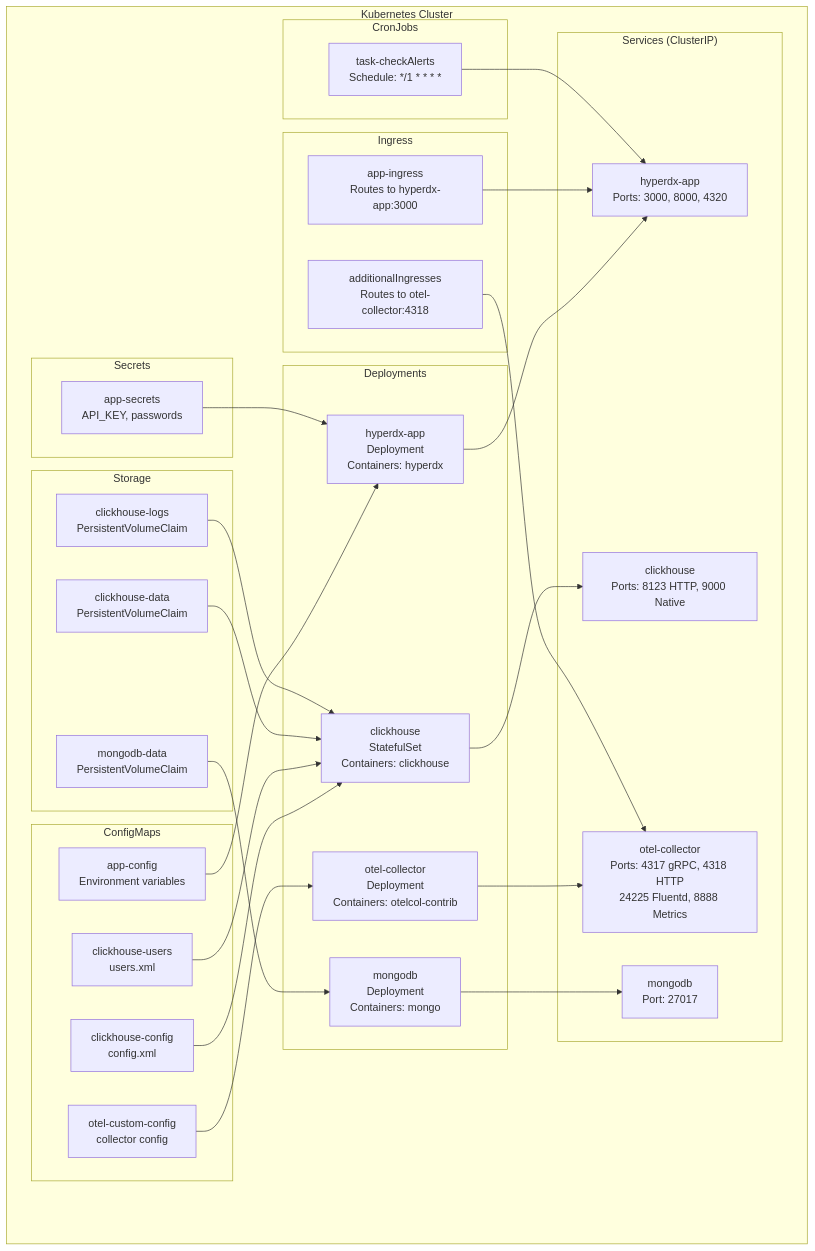
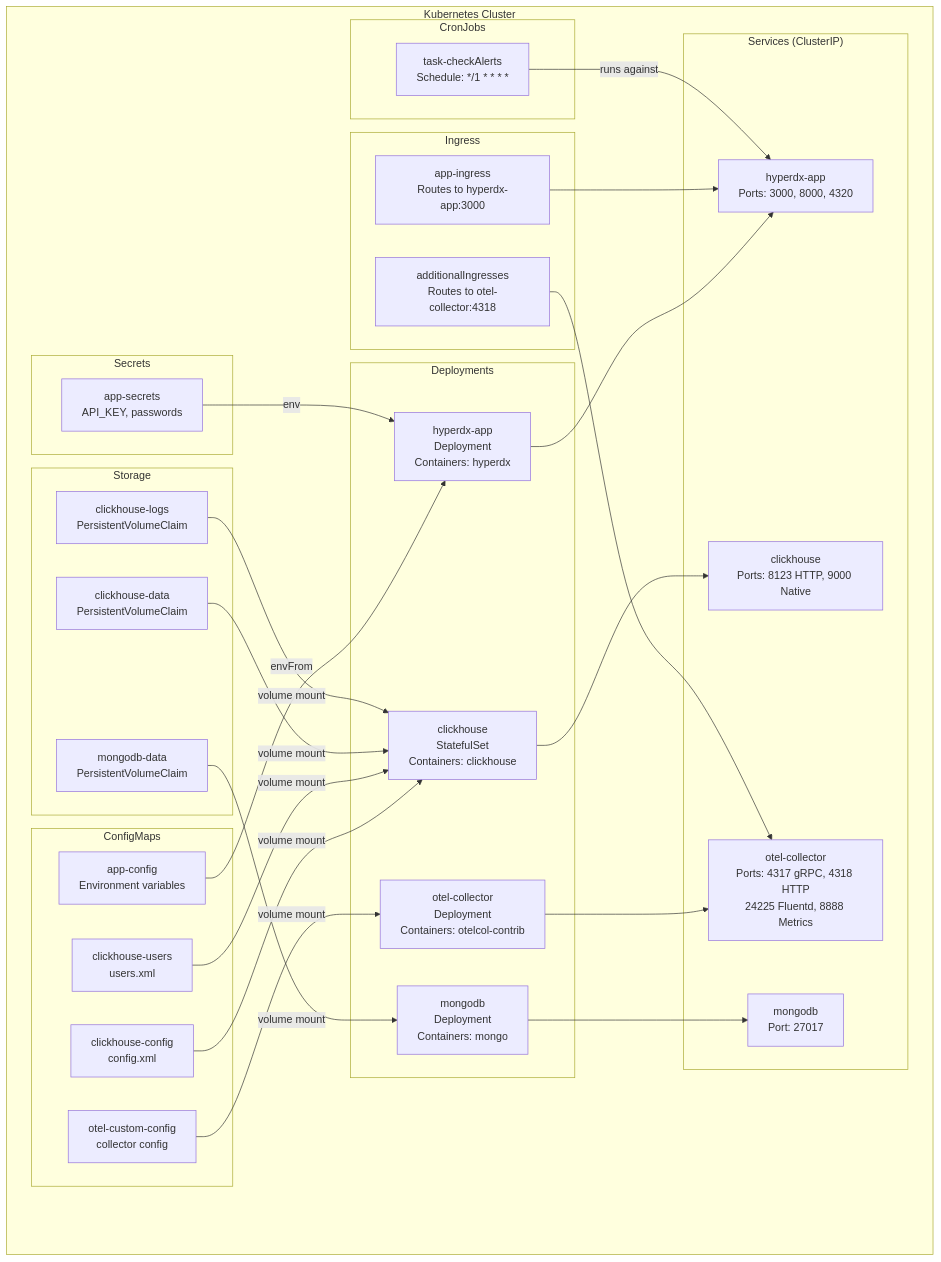
One commit to openchoreo/openchoreo changed the second of 4 diagrams in docs/hyperdxio-helm-charts-docs/Overview.md. Above: the diagram before and after it, drawn with Mermaid. The commit also changed other lines of this file and 85 other files, not shown here.

Commit message:
feat: Add new workflow and specification templates, update Helm chart dependencies, and clarify documentation diagrams.

````diff
--- a/docs/hyperdxio-helm-charts-docs/Overview.md
+++ b/docs/hyperdxio-helm-charts-docs/Overview.md
@@ -133,81 +133,81 @@
 ```mermaid
 flowchart TD
 
 AlertCron["task-checkAlerts<br>Schedule: */1 * * * *"]
 AppConfig["app-config<br>Environment variables"]
 AppDeployment["hyperdx-app<br>Deployment<br>Containers: hyperdx"]
 AppSecrets["app-secrets<br>API_KEY, passwords"]
 CHConfig["clickhouse-config<br>config.xml"]
 CHDeployment["clickhouse<br>StatefulSet<br>Containers: clickhouse"]
 CHUsers["clickhouse-users<br>users.xml"]
 OTELConfig["otel-custom-config<br>collector config"]
 OTELDeployment["otel-collector<br>Deployment<br>Containers: otelcol-contrib"]
 CHPVC["clickhouse-data<br>PersistentVolumeClaim"]
 CHLogsPVC["clickhouse-logs<br>PersistentVolumeClaim"]
 MongoPVC["mongodb-data<br>PersistentVolumeClaim"]
 MongoDeployment["mongodb<br>Deployment<br>Containers: mongo"]
 AppService["hyperdx-app<br>Ports: 3000, 8000, 4320"]
 CHService["clickhouse<br>Ports: 8123 HTTP, 9000 Native"]
 OTELService["otel-collector<br>Ports: 4317 gRPC, 4318 HTTP<br>24225 Fluentd, 8888 Metrics"]
 MongoService["mongodb<br>Port: 27017"]
 AppIngress["app-ingress<br>Routes to hyperdx-app:3000"]
 AdditionalIngress["additionalIngresses<br>Routes to otel-collector:4318"]
 
 subgraph subGraph7 ["Kubernetes Cluster"]
-    AppConfig --> AppDeployment
-    AppSecrets --> AppDeployment
-    CHConfig --> CHDeployment
-    CHUsers --> CHDeployment
-    OTELConfig --> OTELDeployment
-    CHPVC --> CHDeployment
-    CHLogsPVC --> CHDeployment
-    MongoPVC --> MongoDeployment
+    AppConfig -->|"envFrom"| AppDeployment
+    AppSecrets -->|"env"| AppDeployment
+    CHConfig -->|"volume mount"| CHDeployment
+    CHUsers -->|"volume mount"| CHDeployment
+    OTELConfig -->|"volume mount"| OTELDeployment
+    CHPVC -->|"volume mount"| CHDeployment
+    CHLogsPVC -->|"volume mount"| CHDeployment
+    MongoPVC -->|"volume mount"| MongoDeployment
     AppDeployment --> AppService
     CHDeployment --> CHService
     OTELDeployment --> OTELService
     MongoDeployment --> MongoService
     AppIngress --> AppService
     AdditionalIngress --> OTELService
-    AlertCron --> AppService
+    AlertCron -->|"runs against"| AppService
 
 subgraph CronJobs ["CronJobs"]
     AlertCron
 end
 
 subgraph Ingress ["Ingress"]
     AppIngress
     AdditionalIngress
 end
 
 subgraph Storage ["Storage"]
     CHPVC
     CHLogsPVC
     MongoPVC
 end
 
 subgraph Secrets ["Secrets"]
     AppSecrets
 end
 
 subgraph ConfigMaps ["ConfigMaps"]
     AppConfig
     CHConfig
     CHUsers
     OTELConfig
 end
 
 subgraph subGraph1 ["Services (ClusterIP)"]
     AppService
     CHService
     OTELService
     MongoService
 end
 
 subgraph Deployments ["Deployments"]
     AppDeployment
     CHDeployment
     OTELDeployment
     MongoDeployment
 end
 end
 ```
````
